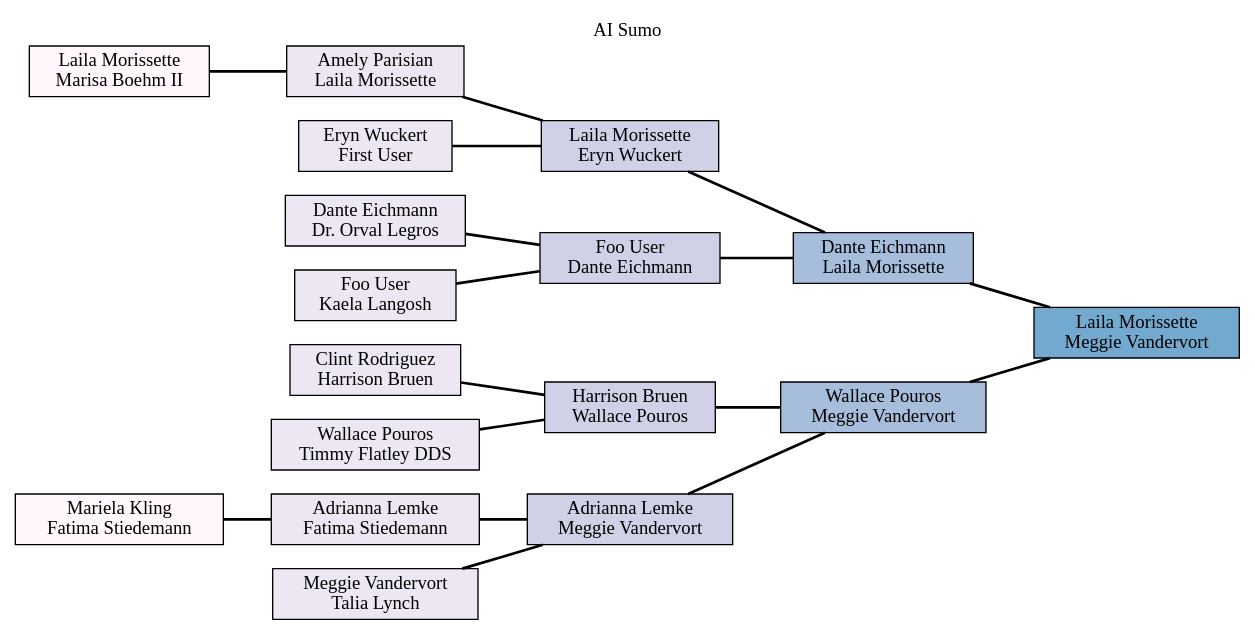
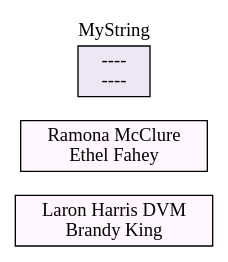
One commit to 12eebok/tournament_sandbox changed the diagram in public/competitions/1/graph.dot. Above: the diagram before and after it, drawn with Graphviz. The commit also changed 46 other files, not shown here.

```diff
--- a/public/competitions/1/graph.dot
+++ b/public/competitions/1/graph.dot
@@ -1,41 +1,11 @@
 digraph 
   {
-    label = "AI Sumo";
+    label = "MyString";
     rankdir = LR;
     labelloc="t";
     node [ shape = box, colorscheme = pubu8, style = filled ];
     edge [ arrowhead=none, arrowtail=none, style=bold ];
-    1174                 [ label = "Laila Morissette\nMarisa Boehm II",fillcolor = 1 ];
-    1182                 [ label = "Amely Parisian\nLaila Morissette",fillcolor = 2 ];
-    1175                 [ label = "Mariela Kling\nFatima Stiedemann",fillcolor = 1 ];
-    1183                 [ label = "Adrianna Lemke\nFatima Stiedemann",fillcolor = 2 ];
-    1176                 [ label = "Meggie Vandervort\nTalia Lynch",fillcolor = 2 ];
-    1187                 [ label = "Adrianna Lemke\nMeggie Vandervort",fillcolor = 3 ];
-    1177                 [ label = "Dante Eichmann\nDr. Orval Legros",fillcolor = 2 ];
-    1184                 [ label = "Foo User\nDante Eichmann",fillcolor = 3 ];
-    1178                 [ label = "Clint Rodriguez\nHarrison Bruen",fillcolor = 2 ];
-    1186                 [ label = "Harrison Bruen\nWallace Pouros",fillcolor = 3 ];
-    1179                 [ label = "Foo User\nKaela Langosh",fillcolor = 2 ];
-    1180                 [ label = "Eryn Wuckert\nFirst User",fillcolor = 2 ];
-    1185                 [ label = "Laila Morissette\nEryn Wuckert",fillcolor = 3 ];
-    1181                 [ label = "Wallace Pouros\nTimmy Flatley DDS",fillcolor = 2 ];
-    1188                 [ label = "Dante Eichmann\nLaila Morissette",fillcolor = 4 ];
-    1189                 [ label = "Wallace Pouros\nMeggie Vandervort",fillcolor = 4 ];
-    1190                 [ label = "Laila Morissette\nMeggie Vandervort",fillcolor = 5 ];
-    1174 -> 1182;
-    1175 -> 1183;
-    1176 -> 1187;
-    1177 -> 1184;
-    1178 -> 1186;
-    1179 -> 1184;
-    1180 -> 1185;
-    1181 -> 1186;
-    1182 -> 1185;
-    1183 -> 1187;
-    1184 -> 1188;
-    1185 -> 1188;
-    1186 -> 1189;
-    1187 -> 1189;
-    1188 -> 1190;
-    1189 -> 1190;
+    1                    [ label = "Laron Harris DVM\nBrandy King",fillcolor = 1 ];
+    2                    [ label = "Ramona McClure\nEthel Fahey",fillcolor = 1 ];
+    3                    [ label = "----\n----",fillcolor = 2 ];
   }
```
